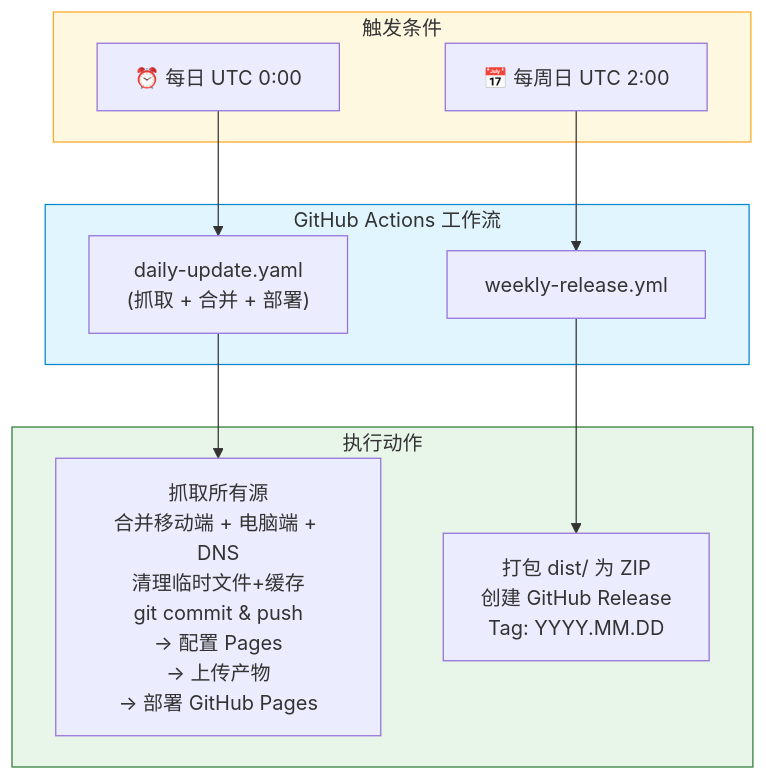
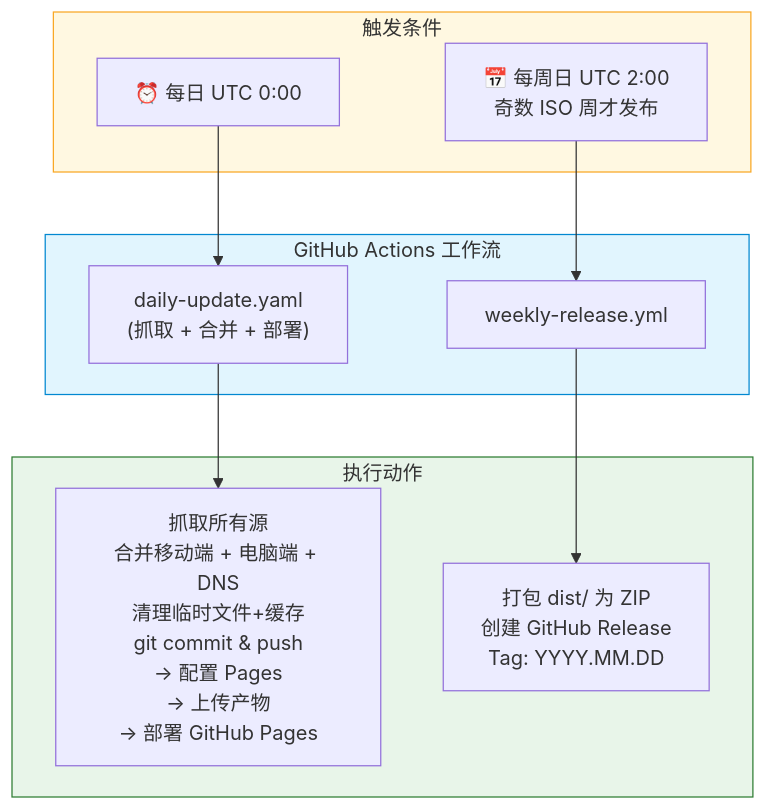
The third of 5 diagrams in docs/PROJECT_DOCS.md (Chaniug/FilterFusion), drawn with Mermaid before and after one commit. The commit also changed other lines of this file and 15 other files, not shown here.

````diff
--- a/docs/PROJECT_DOCS.md
+++ b/docs/PROJECT_DOCS.md
@@ -474,24 +479,24 @@
 ```mermaid
 flowchart TB
     subgraph TRIGGERS["触发条件"]
         T1["⏰ 每日 UTC 0:00"]
-        T2["📅 每周日 UTC 2:00"]
+        T2["📅 每周日 UTC 2:00<br/>奇数 ISO 周才发布"]
     end
 
     subgraph WORKFLOWS["GitHub Actions 工作流"]
         W1["daily-update.yaml<br/>(抓取 + 合并 + 部署)"]
         W2["weekly-release.yml"]
     end
 
     subgraph ACTIONS["执行动作"]
         A1["抓取所有源<br/>合并移动端 + 电脑端 + DNS<br/>清理临时文件+缓存<br/>git commit & push<br/>→ 配置 Pages<br/>→ 上传产物<br/>→ 部署 GitHub Pages"]
         A2["打包 dist/ 为 ZIP<br/>创建 GitHub Release<br/>Tag: YYYY.MM.DD"]
     end
 
     T1 --> W1 --> A1
     T2 --> W2 --> A2
 
     style TRIGGERS fill:#fff8e1,stroke:#f9a825
     style WORKFLOWS fill:#e1f5fe,stroke:#0288d1
     style ACTIONS fill:#e8f5e9,stroke:#2e7d32
 ```
````
